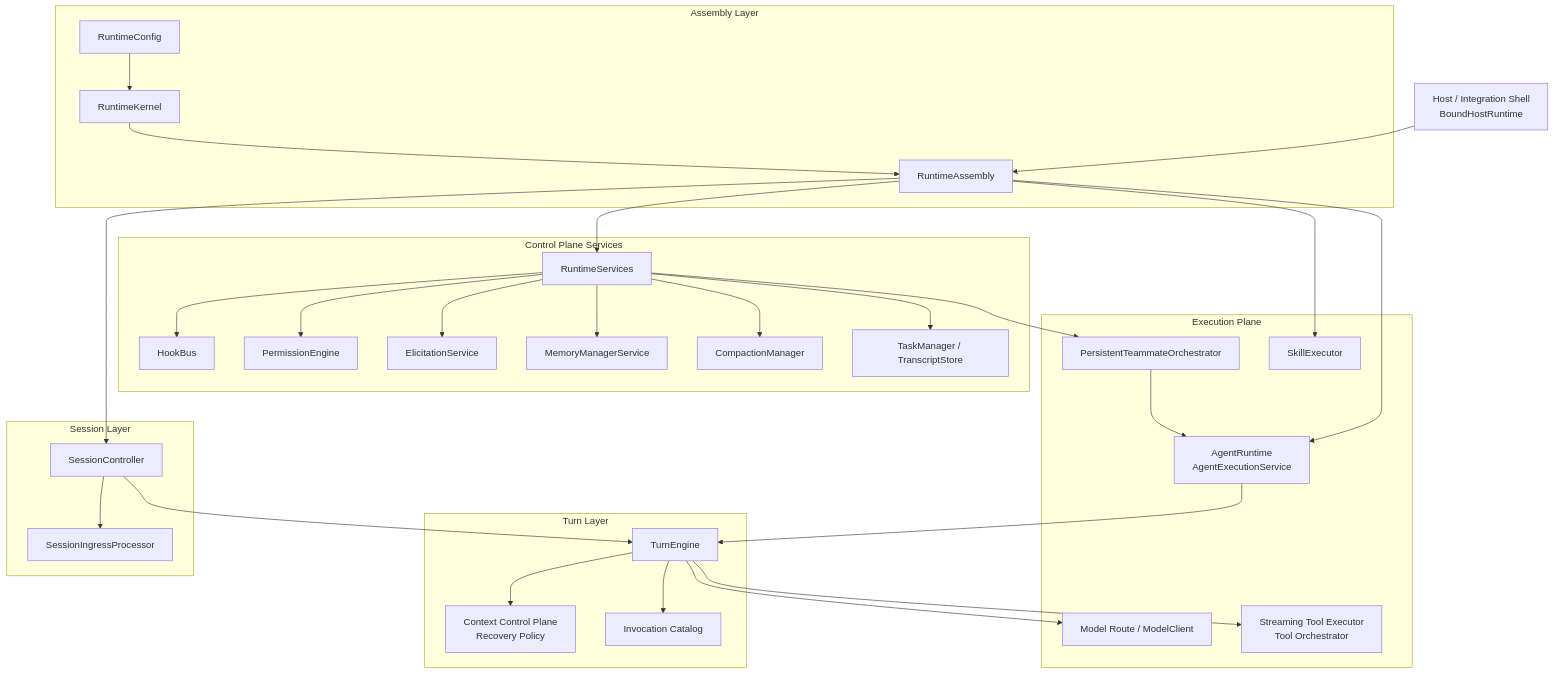
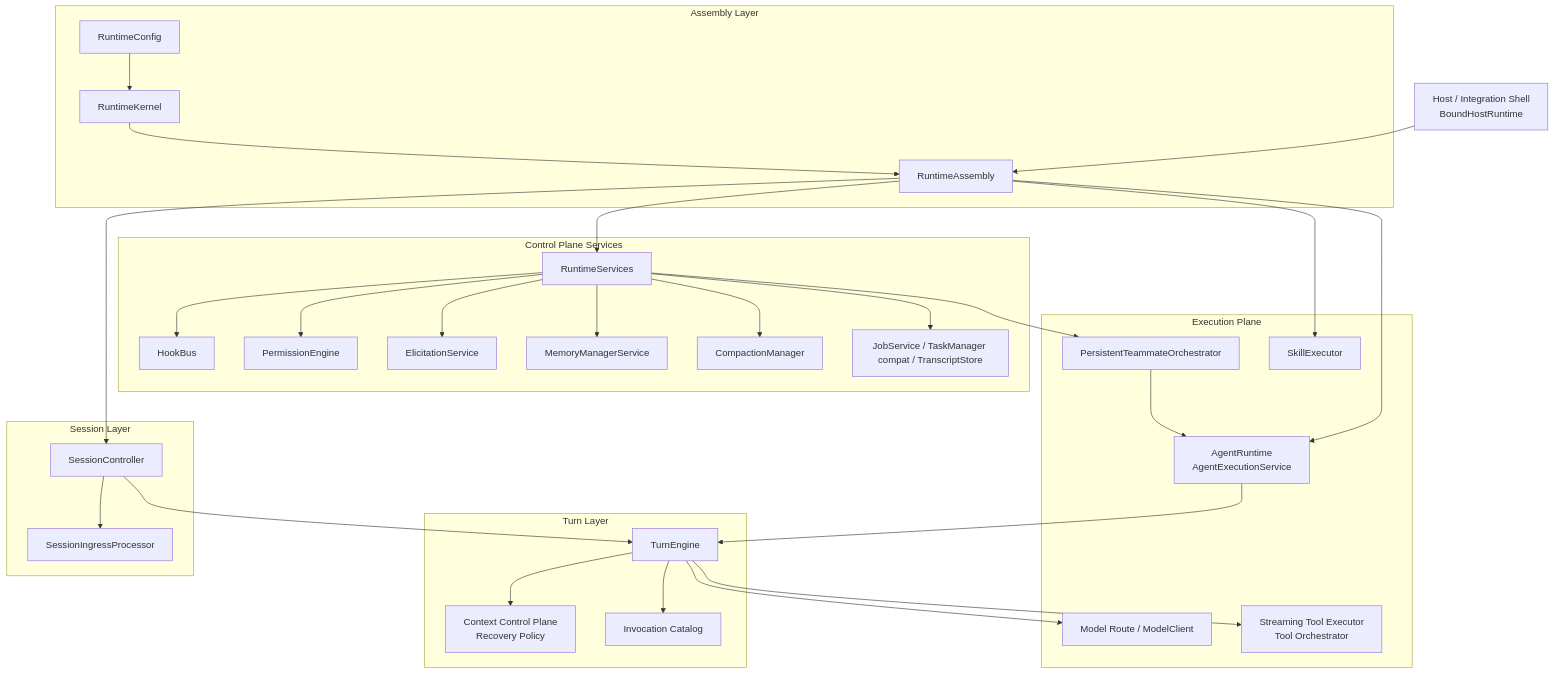
Before and after one commit to xyz2b/weave-ai-runtime: the first of 5 diagrams in docs/current-system-architecture.md, drawn with Mermaid. The commit also changed other lines of this file and 16 other files, not shown here.

````diff
--- a/docs/current-system-architecture.md
+++ b/docs/current-system-architecture.md
@@ -685,61 +691,61 @@
 ```mermaid
 flowchart TB
     Host["Host / Integration Shell<br/>BoundHostRuntime"]
 
     subgraph Assembly["Assembly Layer"]
         Config["RuntimeConfig"]
         Kernel["RuntimeKernel"]
         Runtime["RuntimeAssembly"]
     end
 
     subgraph Session["Session Layer"]
         Ingress["SessionIngressProcessor"]
         Controller["SessionController"]
     end
 
     subgraph Turn["Turn Layer"]
         Engine["TurnEngine"]
         ContextPlane["Context Control Plane<br/>Recovery Policy"]
         Catalog["Invocation Catalog"]
     end
 
     subgraph Control["Control Plane Services"]
         Services["RuntimeServices"]
         Hooks["HookBus"]
         Perms["PermissionEngine"]
         Elicit["ElicitationService"]
         Memory["MemoryManagerService"]
         Compact["CompactionManager"]
-        Tasks["TaskManager / TranscriptStore"]
+        Tasks["JobService / TaskManager compat / TranscriptStore"]
     end
 
     subgraph Execution["Execution Plane"]
         Model["Model Route / ModelClient"]
         Tools["Streaming Tool Executor<br/>Tool Orchestrator"]
         Skills["SkillExecutor"]
         Agents["AgentRuntime<br/>AgentExecutionService"]
         Team["PersistentTeammateOrchestrator"]
     end
 
     Host --> Runtime
     Config --> Kernel --> Runtime
     Runtime --> Controller
     Controller --> Ingress
     Controller --> Engine
     Engine --> ContextPlane
     Engine --> Catalog
     Runtime --> Services
     Services --> Hooks
     Services --> Perms
     Services --> Elicit
     Services --> Memory
     Services --> Compact
     Services --> Tasks
     Engine --> Model
     Engine --> Tools
     Runtime --> Skills
     Runtime --> Agents
     Services --> Team
     Agents --> Engine
     Team --> Agents
 ```
````
